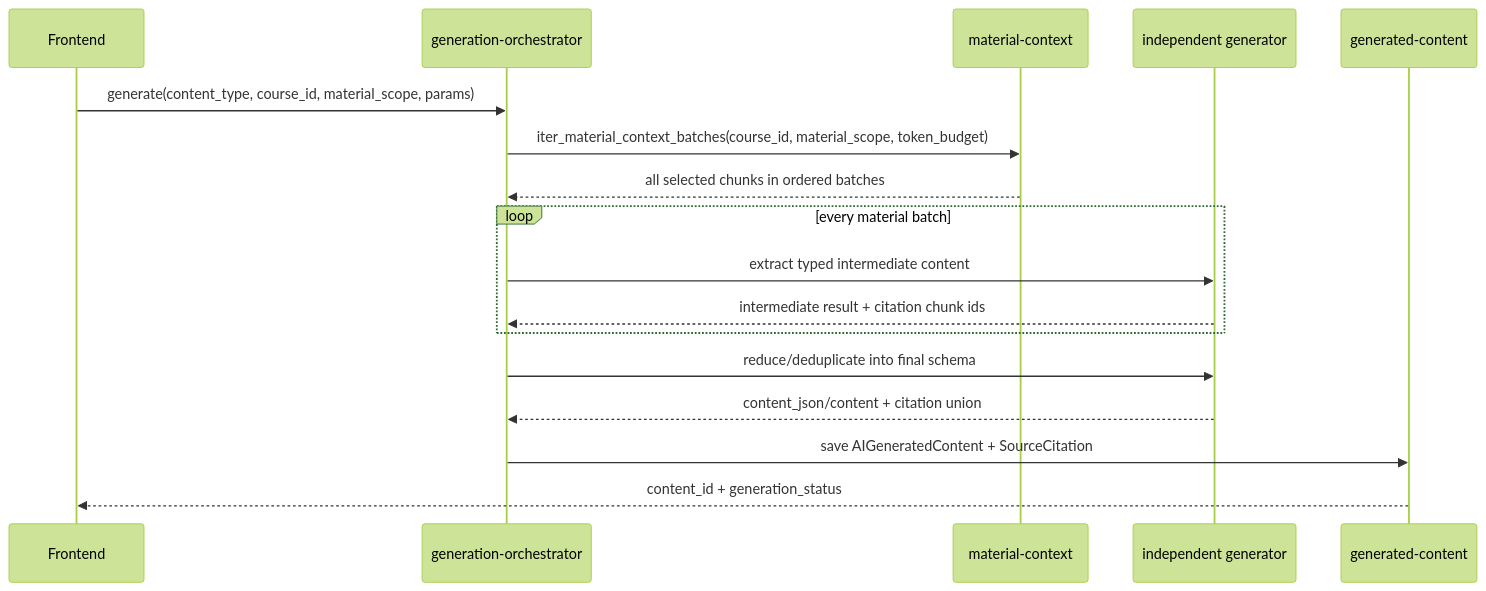
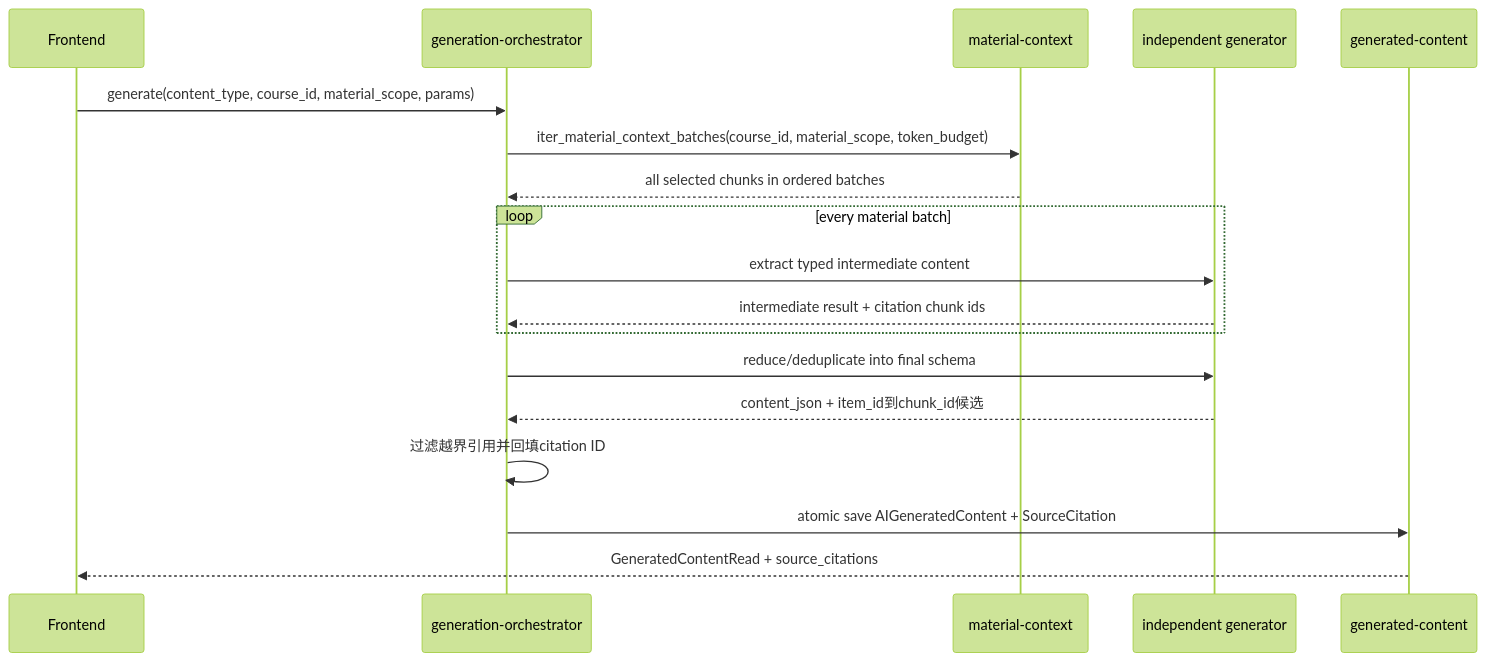
The third of 7 diagrams in docs/architecture/runtime-flows.md (cyruan815/CourseNexus), drawn with Mermaid (forest theme) before and after one commit. The commit also changed other lines of this file and 11 other files, not shown here.

````diff
--- a/docs/architecture/runtime-flows.md
+++ b/docs/architecture/runtime-flows.md
@@ -91,20 +91,21 @@
 ```mermaid
 sequenceDiagram
     participant FE as Frontend
     participant O as generation-orchestrator
     participant CTX as material-context
     participant G as independent generator
     participant Store as generated-content
 
     FE->>O: generate(content_type, course_id, material_scope, params)
     O->>CTX: iter_material_context_batches(course_id, material_scope, token_budget)
     CTX-->>O: all selected chunks in ordered batches
     loop every material batch
         O->>G: extract typed intermediate content
         G-->>O: intermediate result + citation chunk ids
     end
     O->>G: reduce/deduplicate into final schema
-    G-->>O: content_json/content + citation union
-    O->>Store: save AIGeneratedContent + SourceCitation
-    Store-->>FE: content_id + generation_status
+    G-->>O: content_json + item_id到chunk_id候选
+    O->>O: 过滤越界引用并回填citation ID
+    O->>Store: atomic save AIGeneratedContent + SourceCitation
+    Store-->>FE: GeneratedContentRead + source_citations
 ```
````
